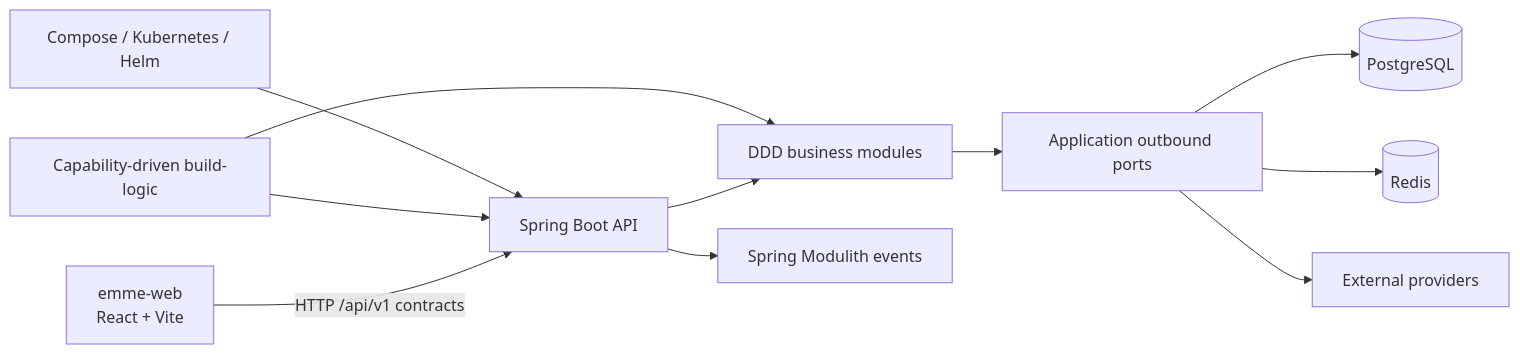
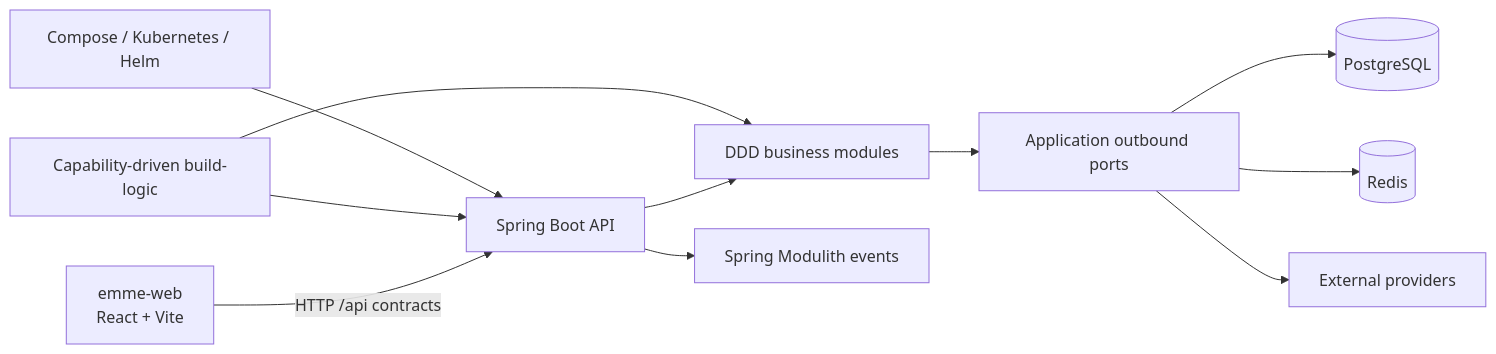
The diagram in README.md (migangdelzar/emme-service), drawn with Mermaid before and after one commit. The commit also changed 90 other files, not shown here.

````diff
--- a/README.md
+++ b/README.md
@@ -22,13 +22,13 @@
 ```mermaid
 flowchart LR
-    WEB[emme-web<br/>React + Vite] -->|HTTP /api/v1 contracts| API[Spring Boot API]
+    WEB[emme-web<br/>React + Vite] -->|HTTP /api contracts| API[Spring Boot API]
     API --> MODULES[DDD business modules]
     MODULES --> PORTS[Application outbound ports]
     PORTS --> DB[(PostgreSQL)]
     PORTS --> CACHE[(Redis)]
     PORTS --> EXT[External providers]
     API --> EVENTS[Spring Modulith events]
     BUILD[Capability-driven build-logic] --> API
     BUILD --> MODULES
     DELIVERY[Compose / Kubernetes / Helm] --> API
 ```
````
